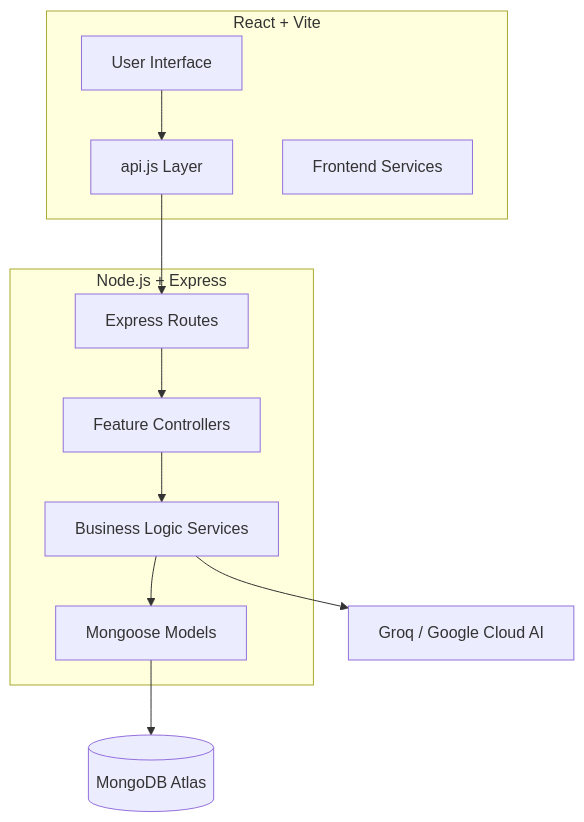
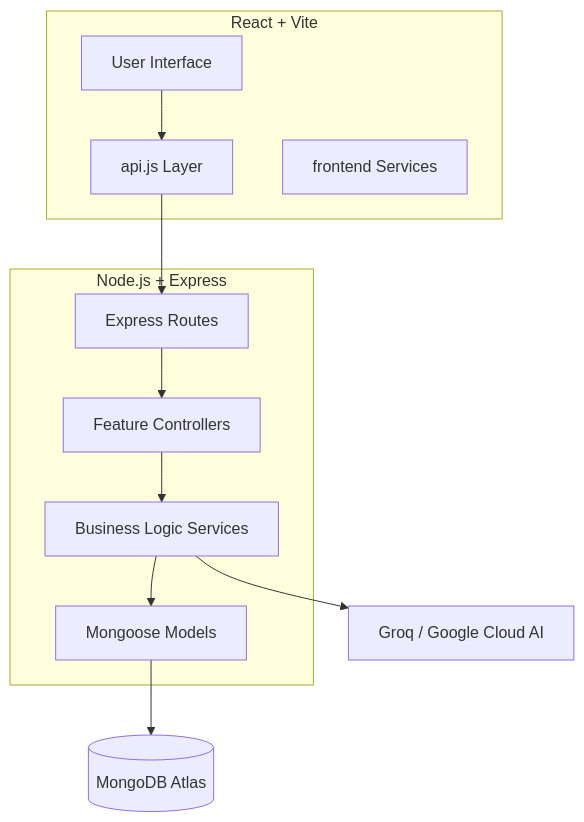
The diagram in README.md (Sahilyadhuvansi/POSTFEED), drawn with Mermaid before and after one commit. The commit also changed other lines of this file and 1 other file, not shown here.

````diff
--- a/README.md
+++ b/README.md
@@ -9,23 +9,23 @@
 ```mermaid
 graph TD
-    subgraph Frontend [React + Vite]
+    subgraph frontend [React + Vite]
         UI[User Interface]
         API_LAYER[api.js Layer]
-        SERVICES[Frontend Services]
+        SERVICES[frontend Services]
     end
 
-    subgraph Backend [Node.js + Express]
+    subgraph backend [Node.js + Express]
         ROUTES[Express Routes]
         CONTROLLERS[Feature Controllers]
         BIZ_LOGIC[Business Logic Services]
         MODELS[Mongoose Models]
     end
 
     UI --> API_LAYER
     API_LAYER --> ROUTES
     ROUTES --> CONTROLLERS
     CONTROLLERS --> BIZ_LOGIC
     BIZ_LOGIC --> MODELS
     MODELS --> DB[(MongoDB Atlas)]
     BIZ_LOGIC --> AI[Groq / Google Cloud AI]
 ```
````
